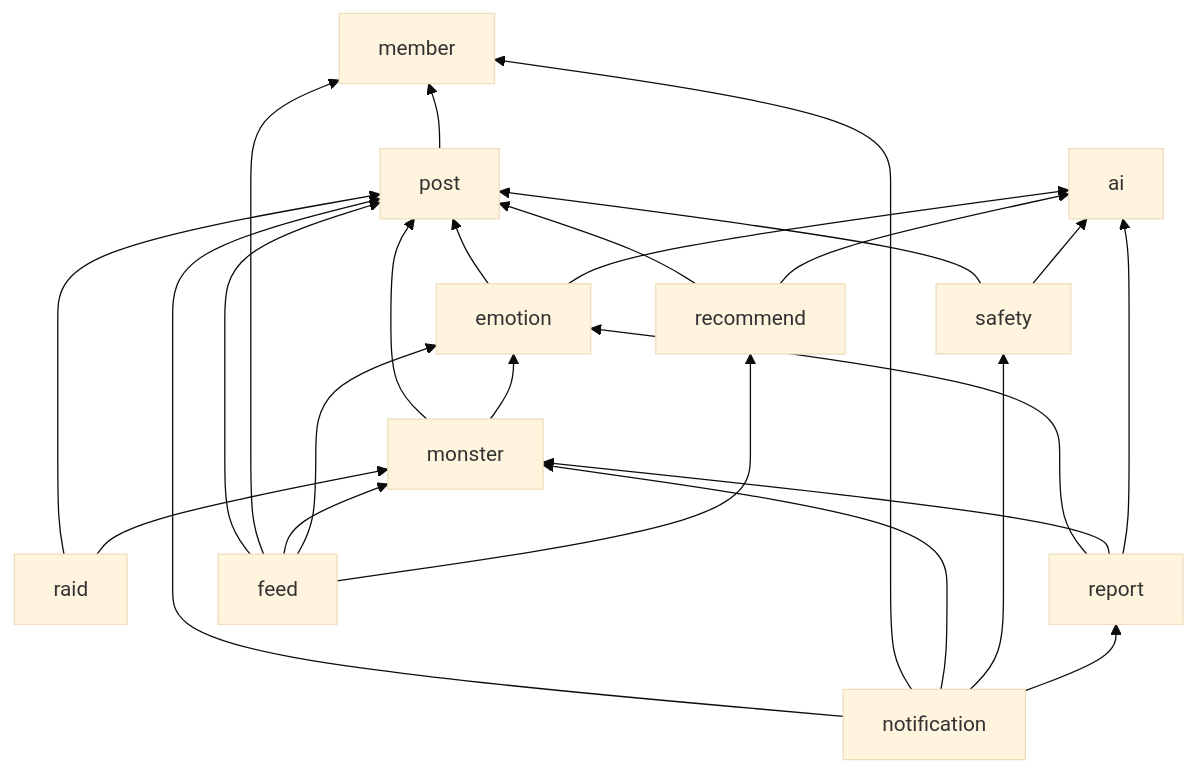
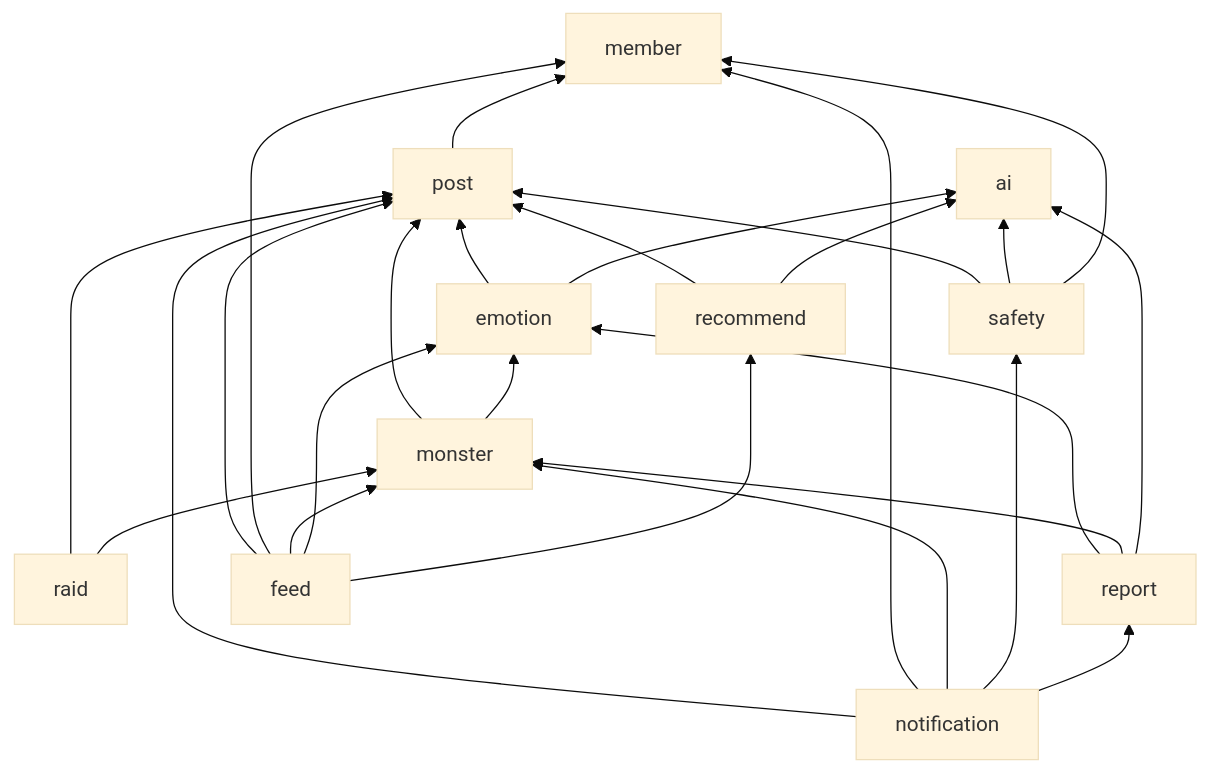
Before and after one commit to hyunolike/5959: the second of 5 diagrams in docs/architecture/overview.md, drawn with Mermaid (base theme). The commit also changed other lines of this file and 170 other files, not shown here.

````diff
--- a/docs/architecture/overview.md
+++ b/docs/architecture/overview.md
@@ -135,27 +135,28 @@
 ```mermaid
 flowchart BT
     post --> member
     emotion --> post
     emotion --> ai
     safety --> post
     safety --> ai
+    safety --> member
     recommend --> post
     recommend --> ai
     monster --> post
     monster --> emotion
     raid --> post
     raid --> monster
     report --> emotion
     report --> monster
     report --> ai
     notification --> post
     notification --> member
     notification --> monster
     notification --> safety
     notification --> report
     feed --> post
     feed --> member
     feed --> monster
     feed --> emotion
     feed --> recommend
 ```
````
